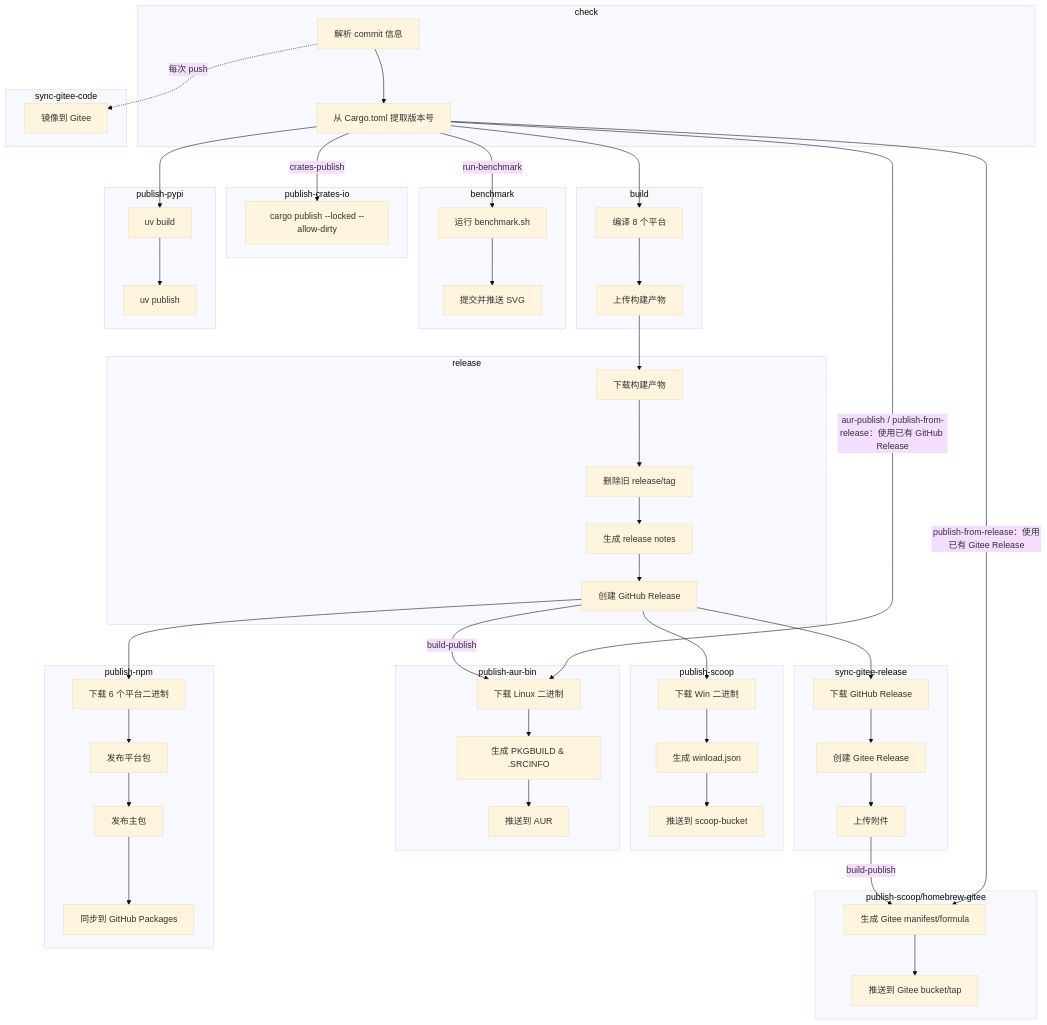
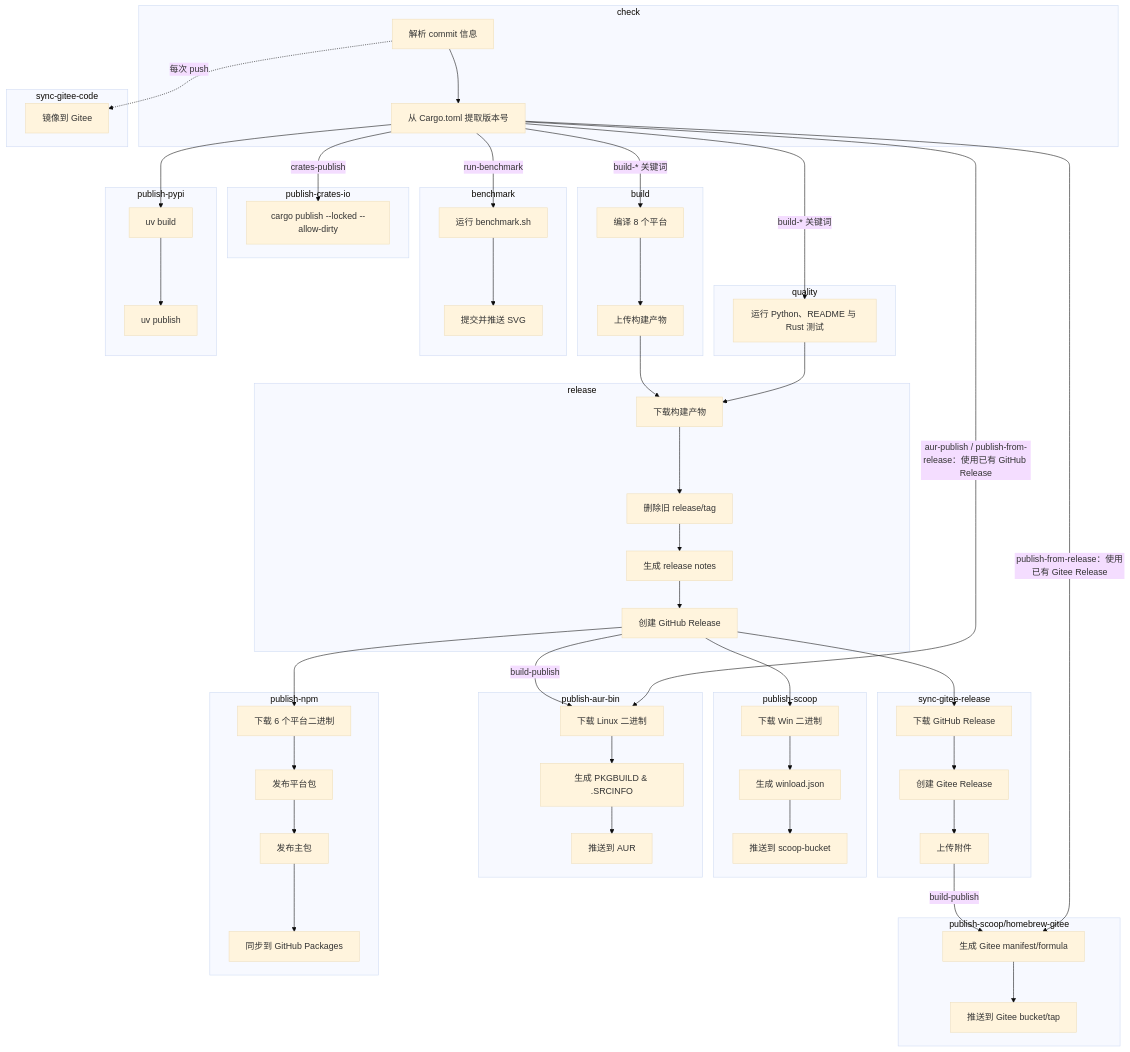
The diagram in .github/workflows/build.zh-cn.md (VincentZyuApps/winload), drawn with Mermaid (base theme) before and after one commit. The commit also changed other lines of this file and 17 other files, not shown here.

```diff
--- a/.github/workflows/build.zh-cn.md
+++ b/.github/workflows/build.zh-cn.md
@@ -189,6 +190,10 @@
     subgraph build["build"]
         B1[编译 8 个平台]
         B2[上传构建产物]
+    end
+
+    subgraph quality["quality"]
+        T1[运行 Python、README 与 Rust 测试]
     end
     
     subgraph release["release"]
@@ -244,13 +249,15 @@
 
     C1 --> C2
     C1 -."每次 push".-> SC1
-    C2 --> B1
+    C2 --"build-* 关键词"--> B1
+    C2 --"build-* 关键词"--> T1
     C2 --"run-benchmark"--> BM1
     C2 --> PY1
     BM1 --> BM2
     PY1 --> PY2
     B1 --> B2
     B2 --> R1
+    T1 --> R1
     C2 --"crates-publish"--> CR1
     R1 --> R2 --> R3 --> R4
     R4 --> S1
```
